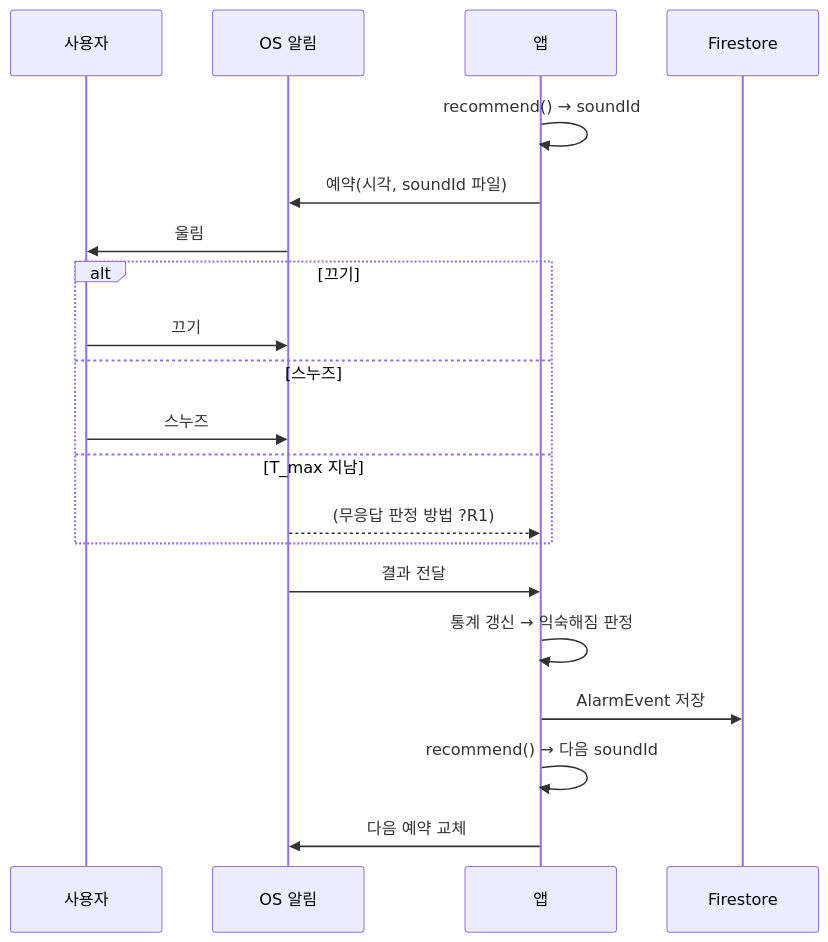
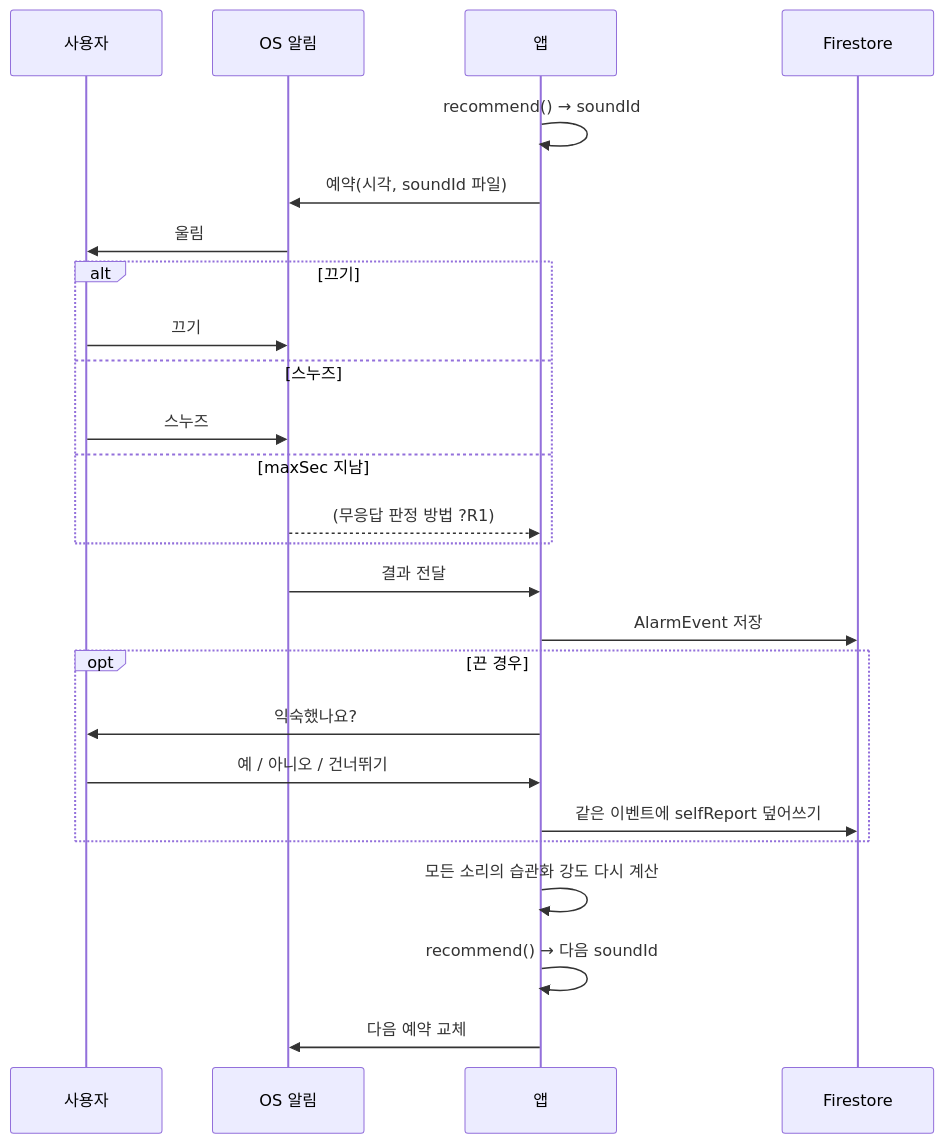
Before and after one commit to lyw012012-cpu/appa-anjanda: the third of 4 diagrams in docs/design.md, drawn with Mermaid. The commit also changed other lines of this file and 3 other files, not shown here.

````diff
--- a/docs/design.md
+++ b/docs/design.md
@@ -147,22 +156,27 @@
 ```mermaid
 sequenceDiagram
   participant U as 사용자
   participant OS as OS 알림
   participant A as 앱
   participant F as Firestore
   A->>A: recommend() → soundId
   A->>OS: 예약(시각, soundId 파일)
   OS->>U: 울림
   alt 끄기
     U->>OS: 끄기
   else 스누즈
     U->>OS: 스누즈
-  else T_max 지남
+  else maxSec 지남
     OS-->>A: (무응답 판정 방법 ?R1)
   end
   OS->>A: 결과 전달
-  A->>A: 통계 갱신 → 익숙해짐 판정
   A->>F: AlarmEvent 저장
+  opt 끈 경우
+    A->>U: 익숙했나요?
+    U->>A: 예 / 아니오 / 건너뛰기
+    A->>F: 같은 이벤트에 selfReport 덮어쓰기
+  end
+  A->>A: 모든 소리의 습관화 강도 다시 계산
   A->>A: recommend() → 다음 soundId
   A->>OS: 다음 예약 교체
 ```
````
